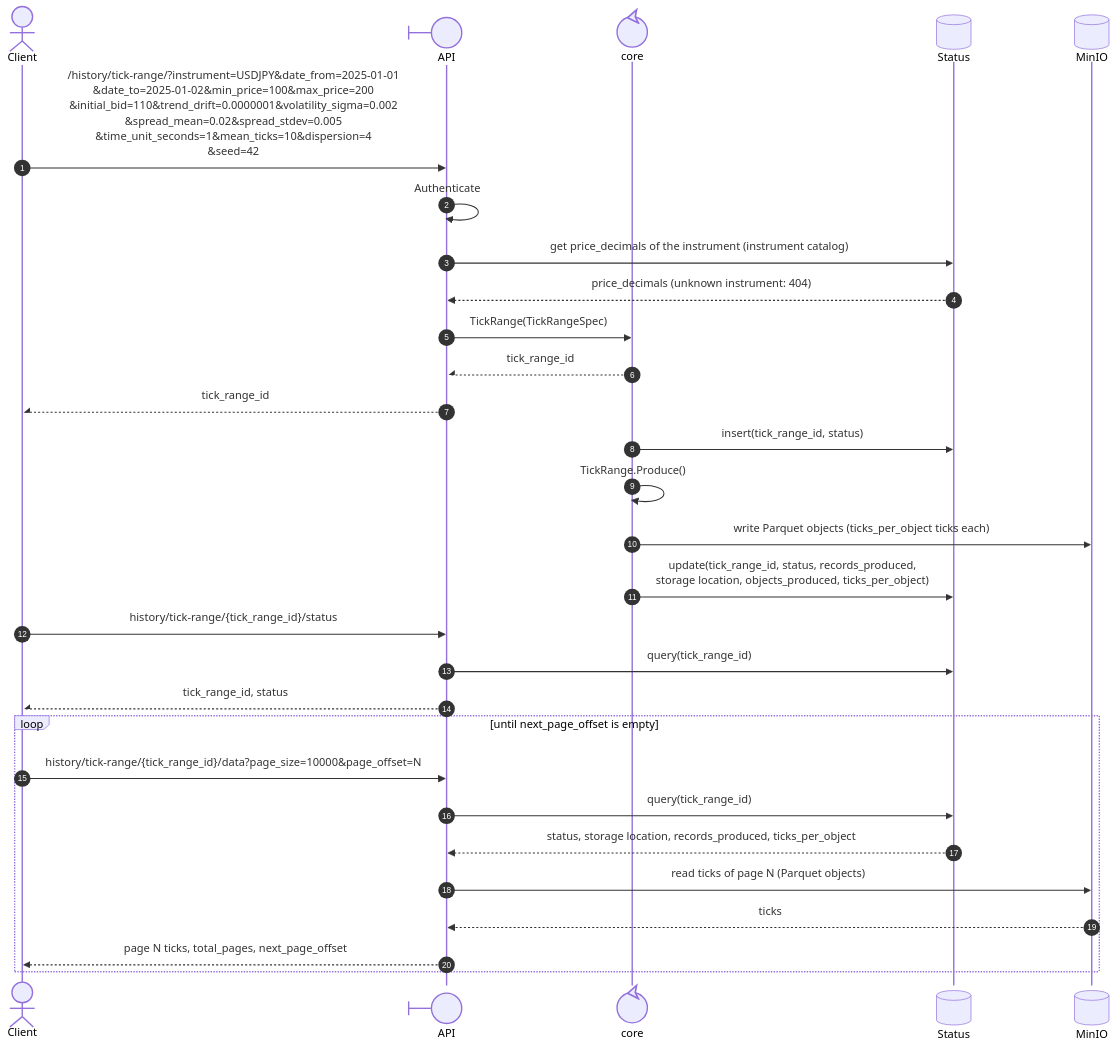
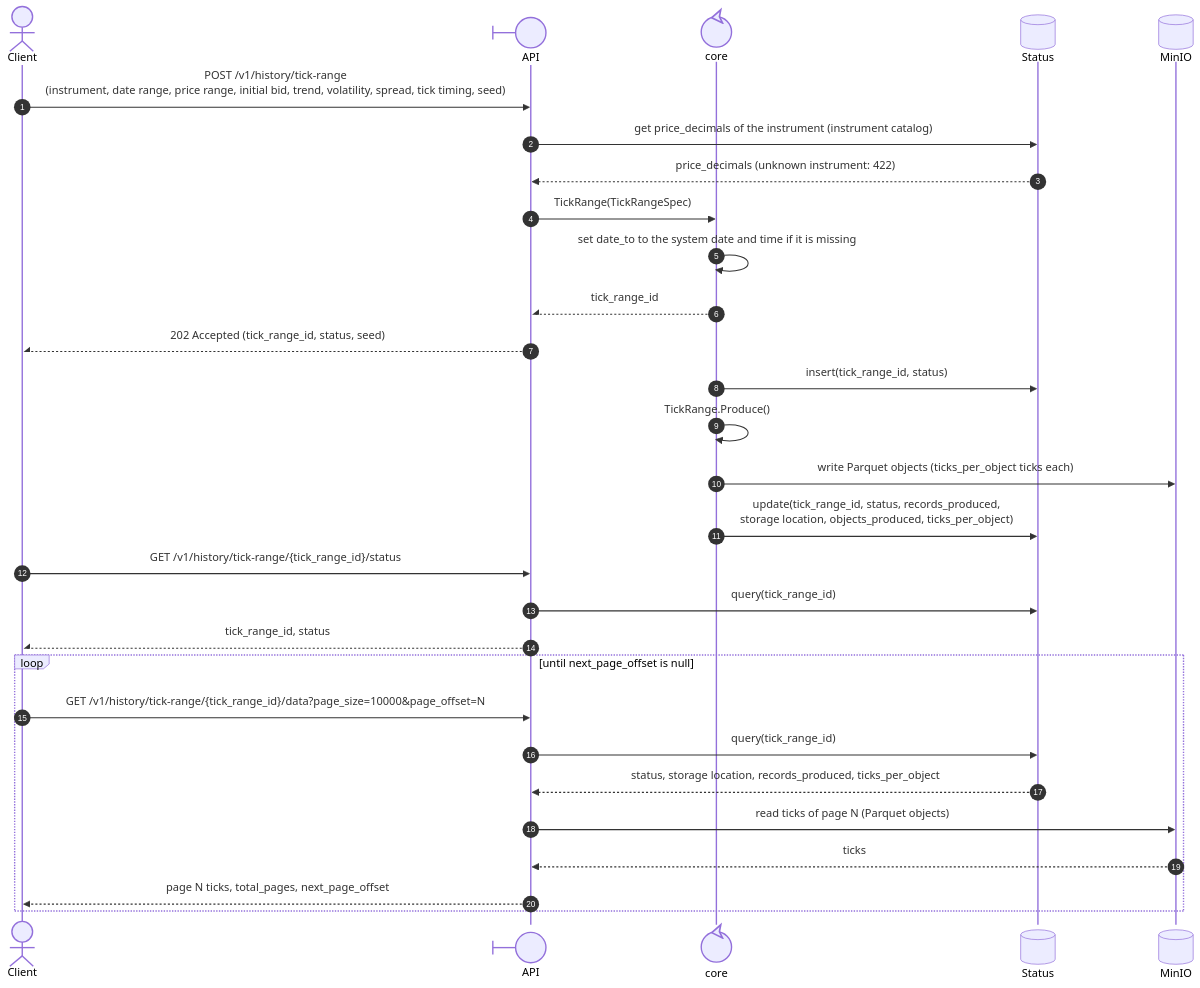
Before and after one commit to mchiuminatto/synthetick: the fourth of 4 diagrams in docs/design/domain-analysis.md, drawn with Mermaid. The commit also changed other lines of this file, not shown here.

````diff
--- a/docs/design/domain-analysis.md
+++ b/docs/design/domain-analysis.md
@@ -332,33 +326,33 @@
 ```mermaid
 sequenceDiagram
     autonumber
     actor Client
     participant API@{"type": "boundary", "alias": "API"} as API
     participant Core@{"type": "control", "alias": "core"} as Core
     participant DB@{"type": "database", "alias": "Status"} as Status
     participant Storage@{"type": "database", "alias": "Storage"} as MinIO
 
-    Client ->> API: /history/tick-range/?instrument=USDJPY&date_from=2025-01-01<br>&date_to=2025-01-02&min_price=100&max_price=200<br>&initial_bid=110&trend_drift=0.0000001&volatility_sigma=0.002<br>&spread_mean=0.02&spread_stdev=0.005<br>&time_unit_seconds=1&mean_ticks=10&dispersion=4<br>&seed=42
-    API ->> API: Authenticate
+    Client ->> API: POST /v1/history/tick-range<br>(instrument, date range, price range, initial bid, trend, volatility, spread, tick timing, seed)
     API ->> DB: get price_decimals of the instrument (instrument catalog)
-    DB -->> API: price_decimals (unknown instrument: 404)
+    DB -->> API: price_decimals (unknown instrument: 422)
     API ->> Core: TickRange(TickRangeSpec)
+    Core ->> Core: set date_to to the system date and time if it is missing
     Core --|/ API: tick_range_id
-    API --|/ Client: tick_range_id
+    API --|/ Client: 202 Accepted (tick_range_id, status, seed)
     Core ->> DB: insert(tick_range_id, status)
     Core ->> Core: TickRange.Produce()
     Core ->> Storage: write Parquet objects (ticks_per_object ticks each)
     Core ->> DB: update(tick_range_id, status, records_produced,<br>storage location, objects_produced, ticks_per_object)
-    Client ->> API: history/tick-range/{tick_range_id}/status
+    Client ->> API: GET /v1/history/tick-range/{tick_range_id}/status
     API ->> DB: query(tick_range_id)
     API --|/ Client: tick_range_id, status
-    loop until next_page_offset is empty
-        Client ->> API: history/tick-range/{tick_range_id}/data?page_size=10000&page_offset=N
+    loop until next_page_offset is null
+        Client ->> API: GET /v1/history/tick-range/{tick_range_id}/data?page_size=10000&page_offset=N
         API ->> DB: query(tick_range_id)
         DB -->> API: status, storage location, records_produced, ticks_per_object
         API ->> Storage: read ticks of page N (Parquet objects)
         Storage -->> API: ticks
         API -->> Client: page N ticks, total_pages, next_page_offset
     end
 
 ```
````
